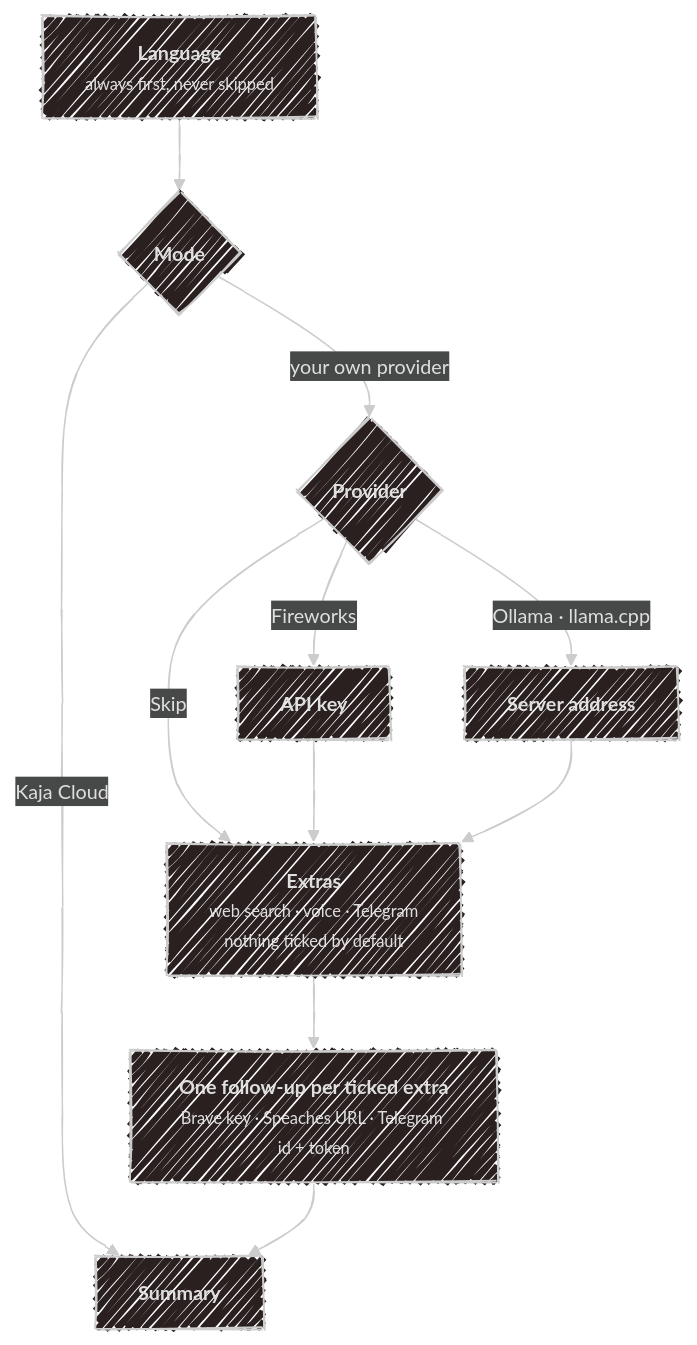
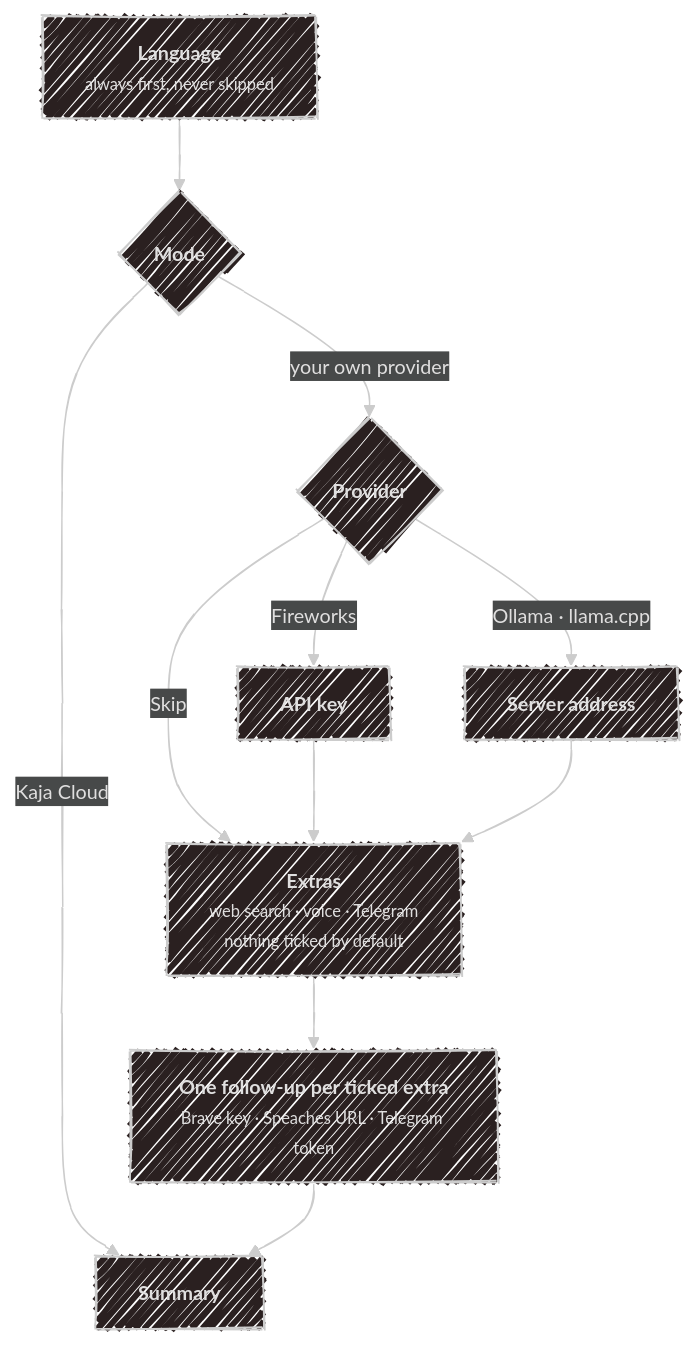
Before and after one commit to SubZtep/kaja: the first of 4 diagrams in docs/configuration/wizard.md, drawn with Mermaid. The commit also changed other lines of this file and 66 other files, not shown here.

````diff
--- a/docs/configuration/wizard.md
+++ b/docs/configuration/wizard.md
@@ -24,23 +24,23 @@
 ```mermaid
 ---
 config:
   look: handDrawn
   theme: neo-dark
 ---
 flowchart TD
     L["<b>Language</b><br><small>always first, never skipped</small>"] --> M{"<b>Mode</b>"}
 
     M -->|"Kaja Cloud"| SUM["<b>Summary</b>"]
     M -->|"your own provider"| P{"<b>Provider</b>"}
 
     P -->|"Fireworks"| KEY["<b>API key</b>"]
     P -->|"Ollama · llama.cpp"| URL["<b>Server address</b>"]
     P -->|"Skip"| EX
 
     KEY --> EX
     URL --> EX
 
     EX["<b>Extras</b><br><small>web search · voice · Telegram<br>nothing ticked by default</small>"] --> FU
 
-    FU["<b>One follow-up per ticked extra</b><br><small>Brave key · Speaches URL · Telegram id + token</small>"] --> SUM
+    FU["<b>One follow-up per ticked extra</b><br><small>Brave key · Speaches URL · Telegram token</small>"] --> SUM
 ```
````
